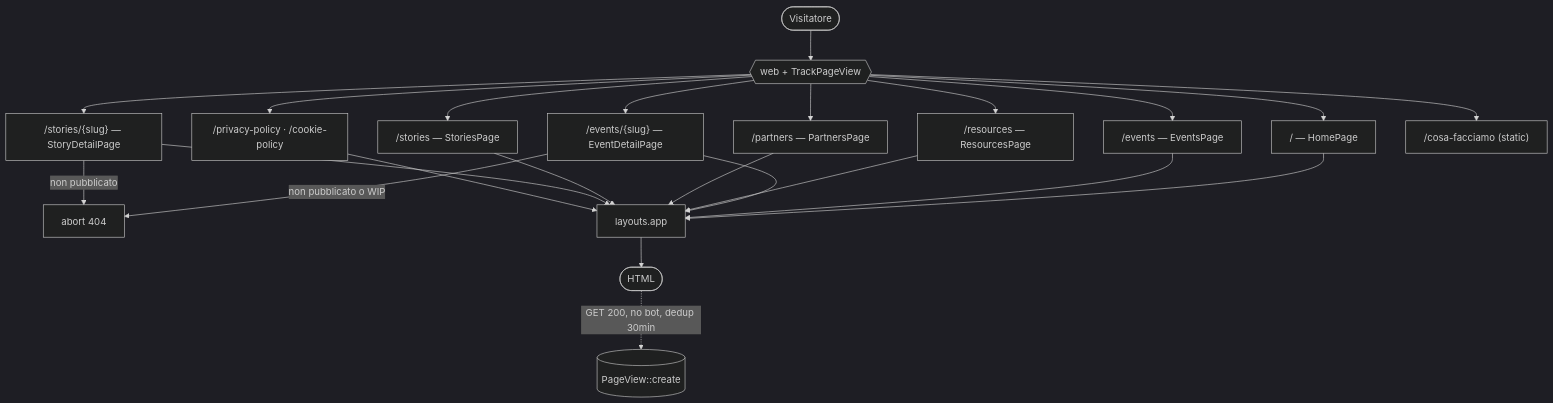
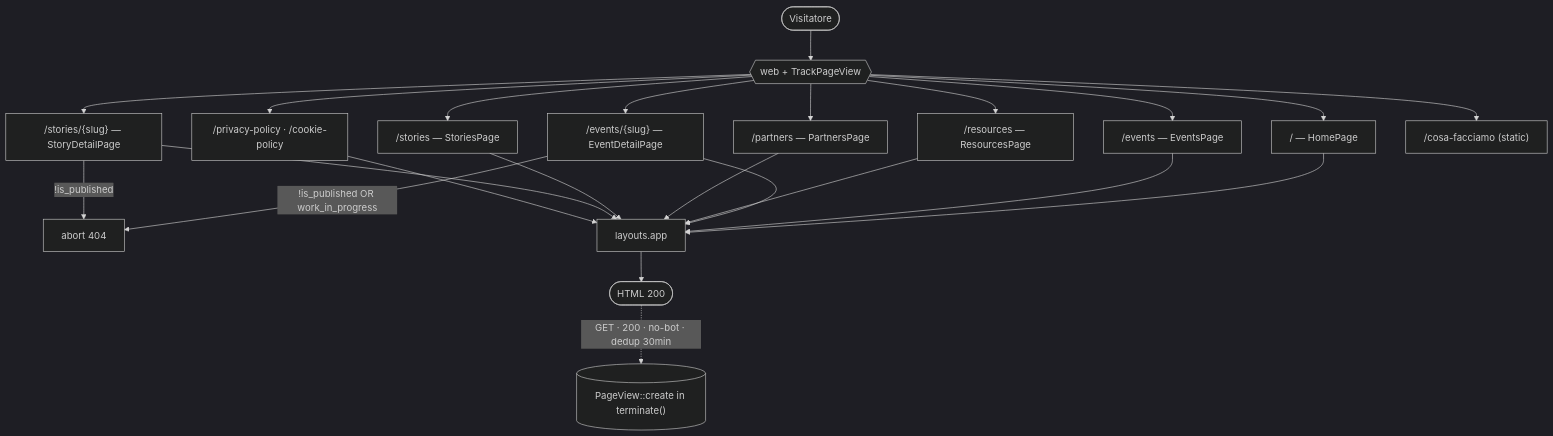
Before and after one commit to salento-dev/website: the diagram in docs/03_codice/01_pagine_pubbliche.md, drawn with Mermaid (dark theme). The commit also changed other lines of this file and 16 other files, not shown here.

````diff
--- a/docs/03_codice/01_pagine_pubbliche.md
+++ b/docs/03_codice/01_pagine_pubbliche.md
@@ -26,20 +45,20 @@
 ```mermaid
 flowchart TD
-    V([Visitatore]) --> MW{{web + TrackPageView}}
+    V([Visitatore]) --> MW{{"web + TrackPageView"}}
     MW --> H["/ — HomePage"]
     MW --> E["/events — EventsPage"]
     MW --> ED["/events/{slug} — EventDetailPage"]
     MW --> R["/resources — ResourcesPage"]
     MW --> P["/partners — PartnersPage"]
     MW --> S["/stories — StoriesPage"]
     MW --> SD["/stories/{slug} — StoryDetailPage"]
     MW --> L["/privacy-policy · /cookie-policy"]
     MW --> ST["/cosa-facciamo (static)"]
 
-    ED -->|"non pubblicato o WIP"| X[abort 404]
-    SD -->|"non pubblicato"| X
+    ED -->|"!is_published OR work_in_progress"| X[abort 404]
+    SD -->|"!is_published"| X
 
     H & E & ED & R & P & S & SD & L --> LAY["layouts.app"]
-    LAY --> RESP([HTML])
-    RESP -.->|"GET 200, no bot, dedup 30min"| PV[("PageView::create")]
+    LAY --> RESP([HTML 200])
+    RESP -.->|"GET · 200 · no-bot · dedup 30min"| PV[("PageView::create in terminate()")]
 ```
````
